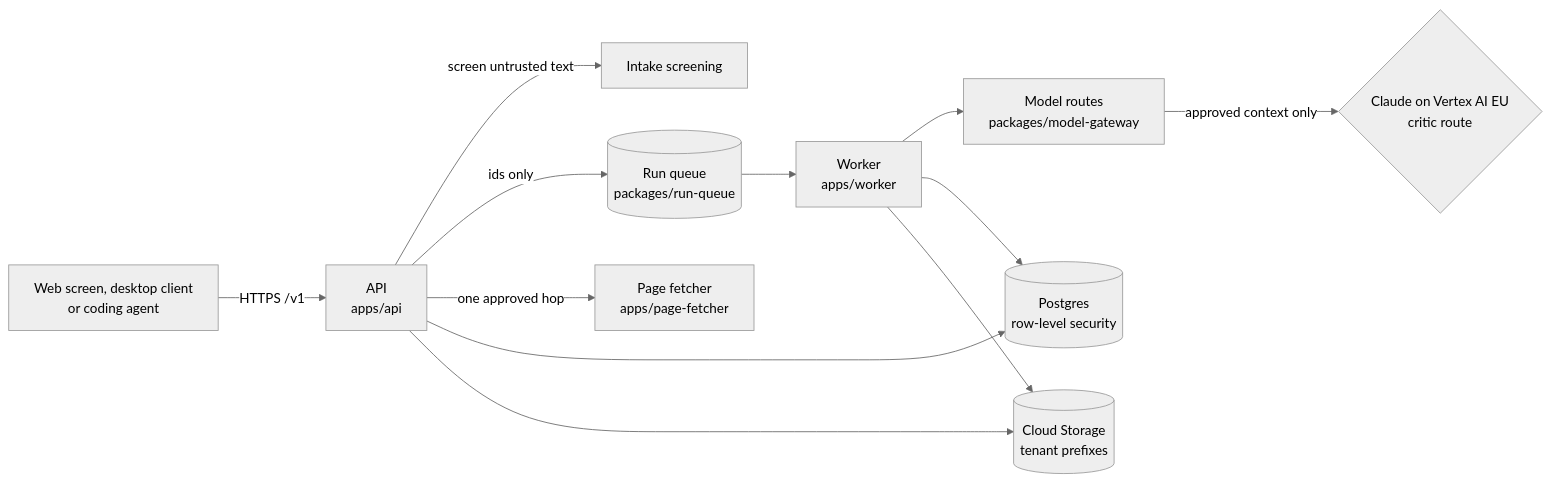
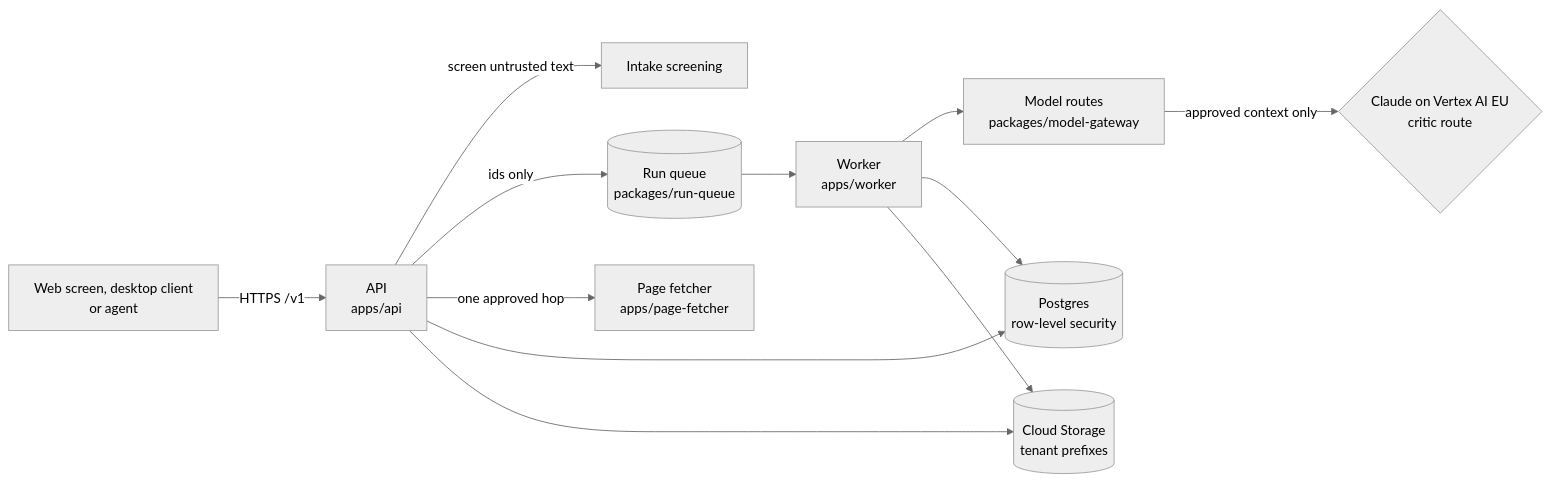
The first of 3 diagrams in docs/architecture/hosted-service.md (akoita/draft-loop), drawn with Mermaid (neutral theme) before and after one commit. The commit also changed 60 other files, not shown here.

First line of the commit message:
Say "agent" instead of "coding agent" across the app (#2466)

````diff
--- a/docs/architecture/hosted-service.md
+++ b/docs/architecture/hosted-service.md
@@ -15,12 +15,12 @@
 ```mermaid
 flowchart LR
-  client["Web screen, desktop client<br/>or coding agent"] -->|HTTPS /v1| api["API<br/>apps/api"]
+  client["Web screen, desktop client<br/>or agent"] -->|HTTPS /v1| api["API<br/>apps/api"]
   api -->|screen untrusted text| screen["Intake screening"]
   api -->|ids only| queue[("Run queue<br/>packages/run-queue")]
   api -->|one approved hop| fetcher["Page fetcher<br/>apps/page-fetcher"]
   queue --> worker["Worker<br/>apps/worker"]
   worker --> gateway["Model routes<br/>packages/model-gateway"]
   gateway -->|approved context only| models{"Claude on Vertex AI EU<br/>critic route"}
   api & worker --> pg[("Postgres<br/>row-level security")]
   api & worker --> gcs[("Cloud Storage<br/>tenant prefixes")]
 ```
````
